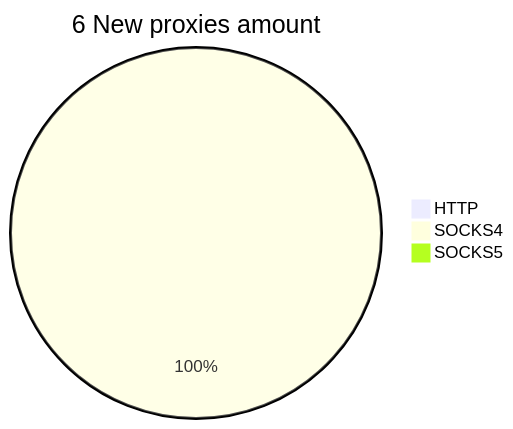
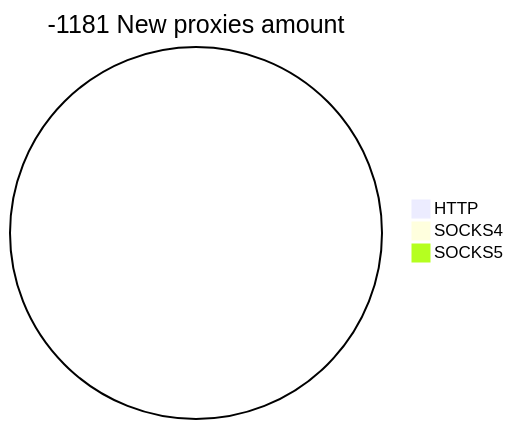
The second of 2 diagrams in README.md (cutipu/proxylist), drawn with Mermaid before and after one commit. The commit also changed other lines of this file, not shown here.

````diff
--- a/README.md
+++ b/README.md
@@ -10,6 +10,6 @@
 ```mermaid
-pie title 6 New proxies amount
+pie title -1181 New proxies amount
     "HTTP" : 0
-    "SOCKS4" : 6
+    "SOCKS4" : 0
     "SOCKS5" : 0
 ```
````
